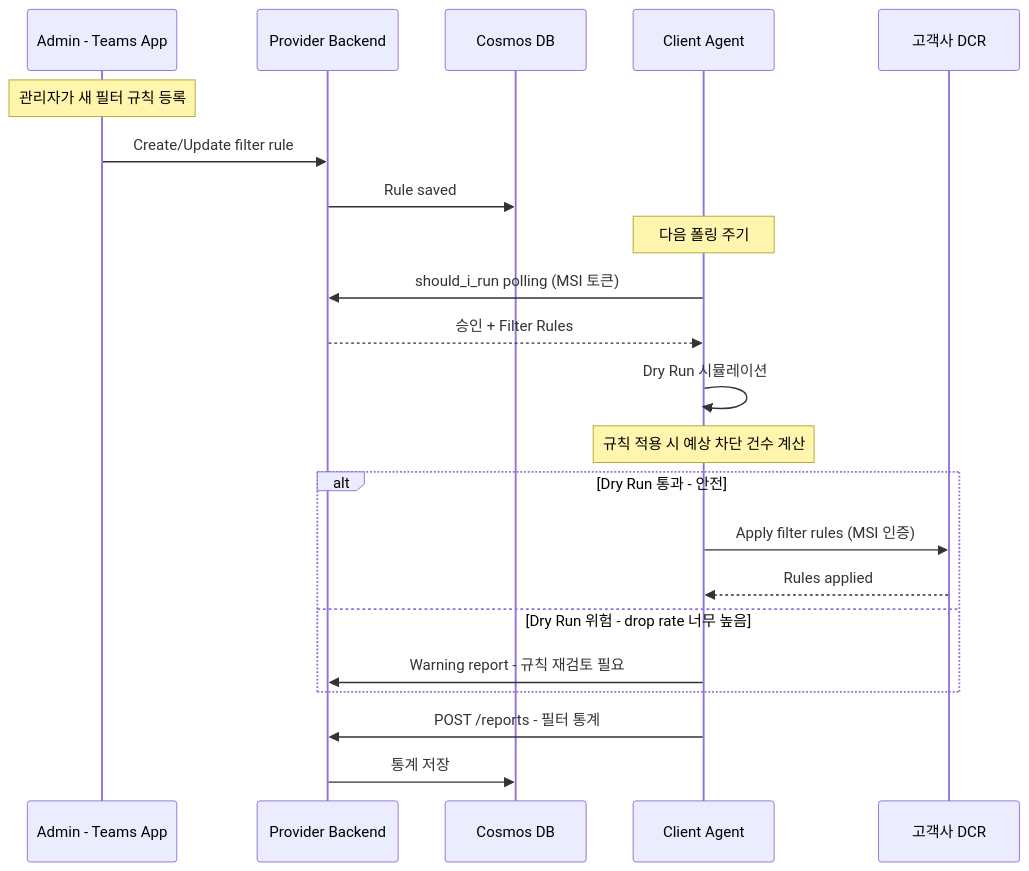
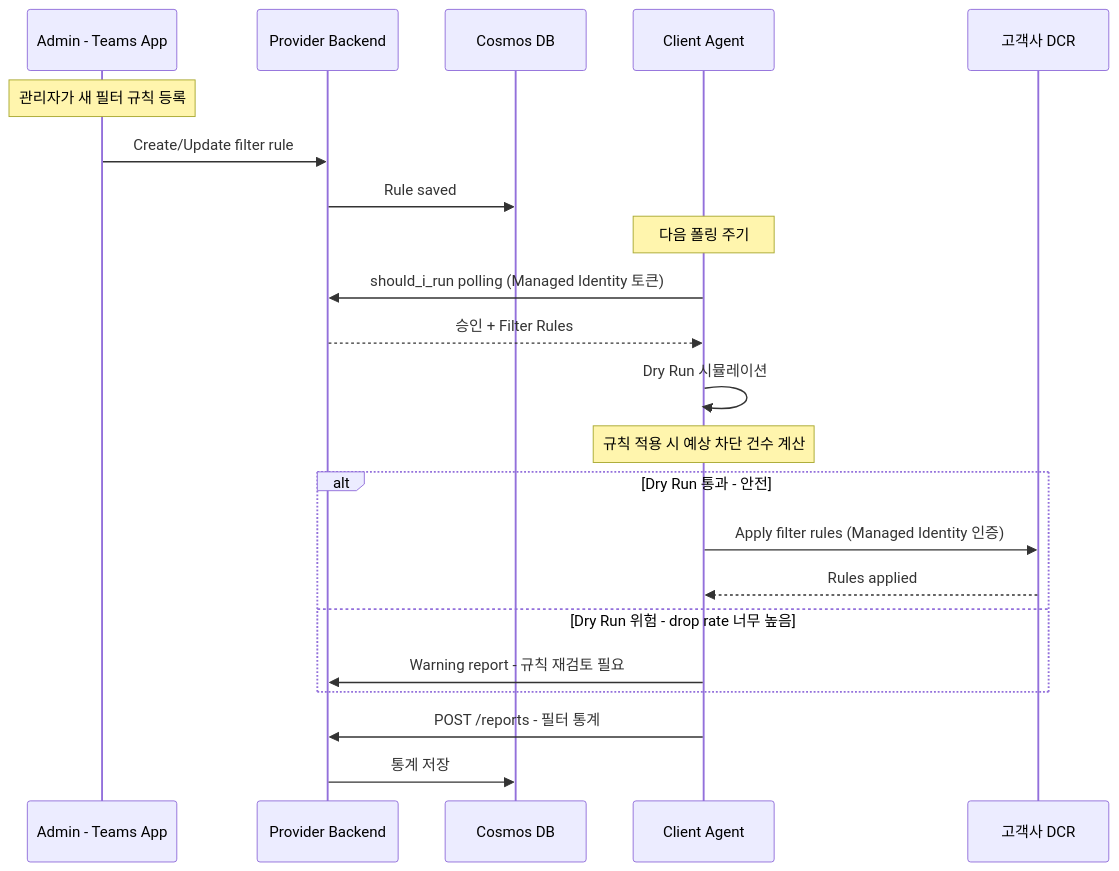
One commit to chjcmy/study changed diagram 18 of 30 in azure/projects/log-doctor-plan.md. Above: the diagram before and after it, drawn with Mermaid. The commit also changed other lines of this file and 2 other files, not shown here.

````diff
--- a/azure/projects/log-doctor-plan.md
+++ b/azure/projects/log-doctor-plan.md
@@ -747,29 +747,29 @@
 ```mermaid
 sequenceDiagram
     participant Admin as Admin - Teams App
     participant PB as Provider Backend
     participant DB as Cosmos DB
     participant Agent as Client Agent
     participant DCR as 고객사 DCR
 
     Note over Admin: 관리자가 새 필터 규칙 등록
     Admin->>PB: Create/Update filter rule
     PB->>DB: Rule saved
 
     Note over Agent: 다음 폴링 주기
-    Agent->>PB: should_i_run polling (MSI 토큰)
+    Agent->>PB: should_i_run polling (Managed Identity 토큰)
     PB-->>Agent: 승인 + Filter Rules
 
     Agent->>Agent: Dry Run 시뮬레이션
     Note over Agent: 규칙 적용 시 예상 차단 건수 계산
 
     alt Dry Run 통과 - 안전
-        Agent->>DCR: Apply filter rules (MSI 인증)
+        Agent->>DCR: Apply filter rules (Managed Identity 인증)
         DCR-->>Agent: Rules applied
     else Dry Run 위험 - drop rate 너무 높음
         Agent->>PB: Warning report - 규칙 재검토 필요
     end
 
     Agent->>PB: POST /reports - 필터 통계
     PB->>DB: 통계 저장
 ```
````
